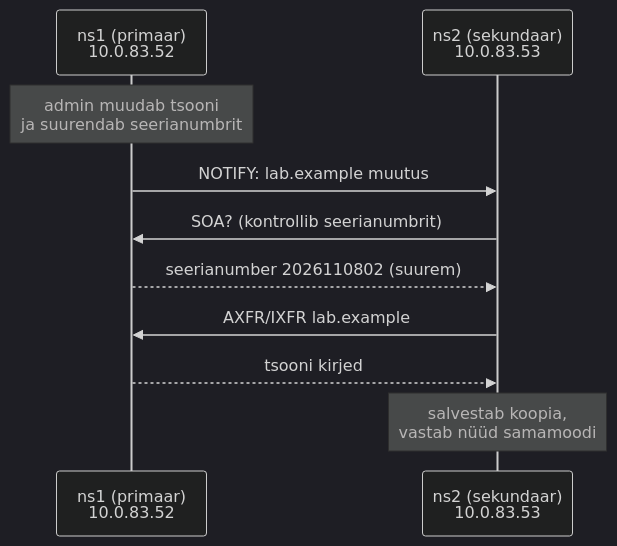
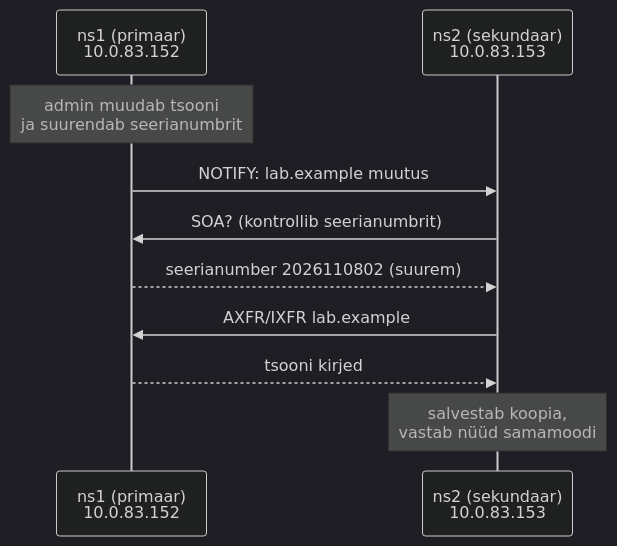
The third of 3 diagrams in docs/moodul-17-dns/index.md (rainkoor/linux-kursus), drawn with Mermaid (dark theme) before and after one commit. The commit also changed other lines of this file and 57 other files, not shown here.

````diff
--- a/docs/moodul-17-dns/index.md
+++ b/docs/moodul-17-dns/index.md
@@ -310,12 +310,12 @@
 ```mermaid
 sequenceDiagram
-    participant P as ns1 (primaar)<br>10.0.83.52
-    participant S as ns2 (sekundaar)<br>10.0.83.53
+    participant P as ns1 (primaar)<br>10.0.83.152
+    participant S as ns2 (sekundaar)<br>10.0.83.153
     Note over P: admin muudab tsooni<br>ja suurendab seerianumbrit
     P->>S: NOTIFY: lab.example muutus
     S->>P: SOA? (kontrollib seerianumbrit)
     P-->>S: seerianumber 2026110802 (suurem)
     S->>P: AXFR/IXFR lab.example
     P-->>S: tsooni kirjed
     Note over S: salvestab koopia,<br>vastab nüüd samamoodi
 ```
````
